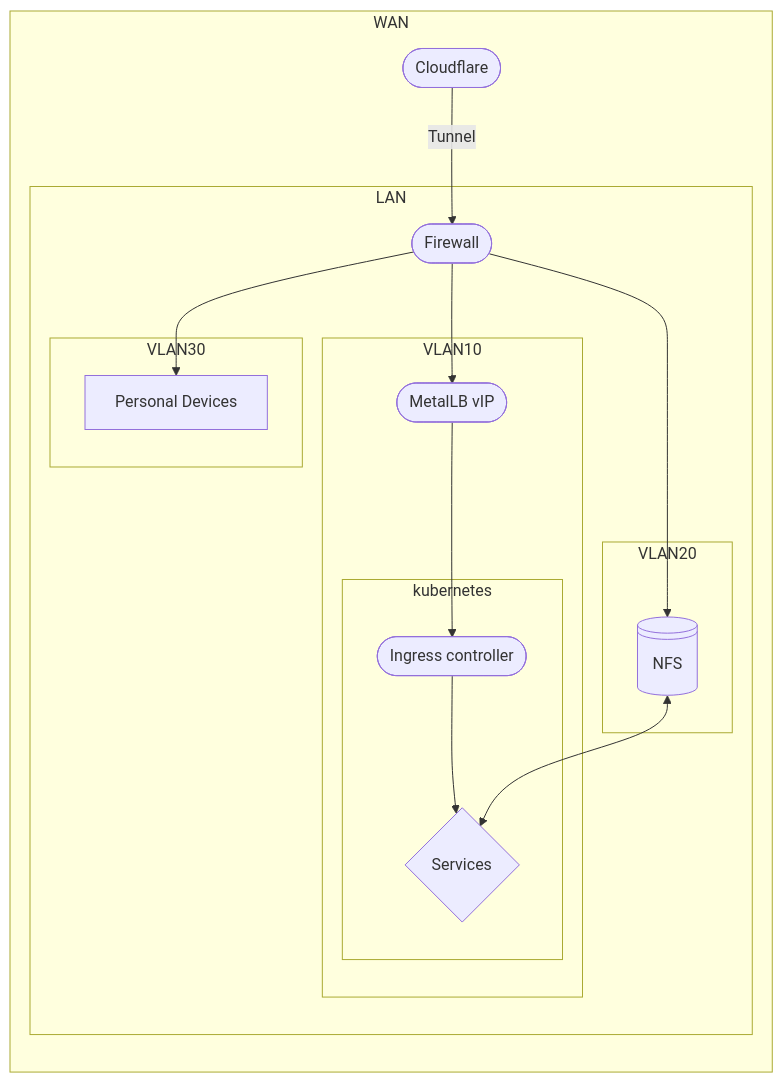
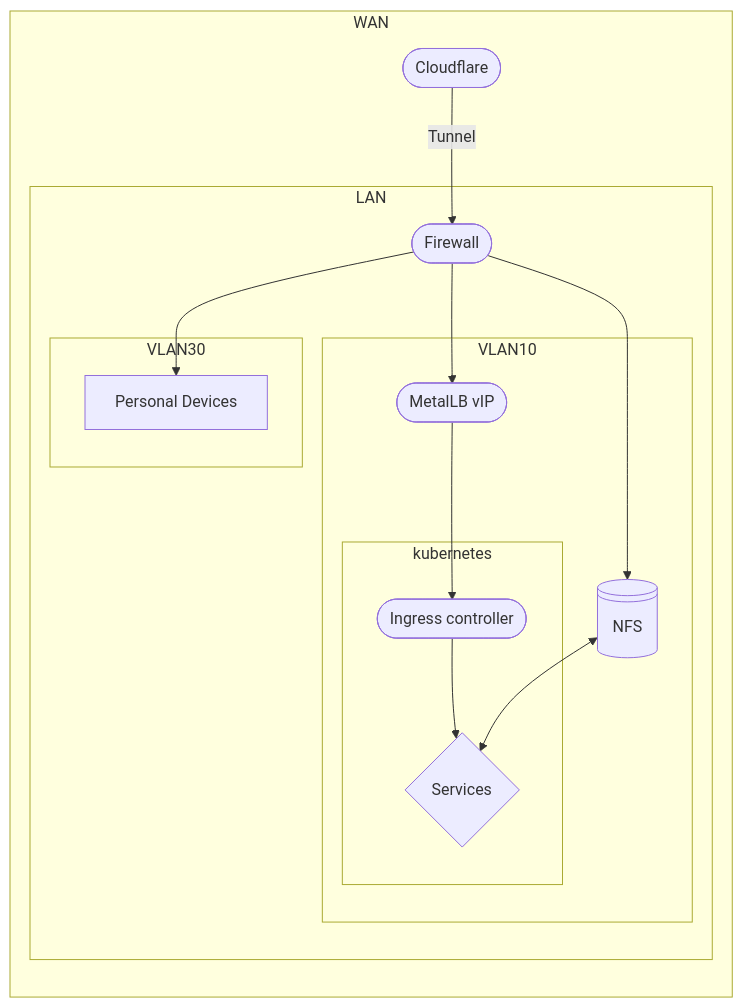
Before and after one commit to NoSpawnn/homelab: the first of 2 diagrams in README.md, drawn with Mermaid.

Commit message:
Update network diagram

````diff
--- a/README.md
+++ b/README.md
@@ -30,25 +30,22 @@
 ```mermaid
 flowchart
     subgraph WAN
         direction TB
         CF(["Cloudflare"]) -->|Tunnel| FW
         subgraph LAN
             FW(["Firewall"]) --> LB & PC & NFS
             subgraph VLAN10
                 LB(["MetalLB vIP"]) --> IGRS
                 subgraph kubernetes
                     IGRS@{shape: pill, label: Ingress controller}
                     -->
                     SVC@{shape: diamond, label: Services}
                 end
+                NFS@{shape: disk} <--> SVC
             end
-            subgraph VLAN20
-                NFS@{shape: disk}
-                NFS <--> SVC
-            end
-            subgraph VLAN30
+                        subgraph VLAN30
                 PC["Personal Devices"]
             end
         end
     end
 ```
````
